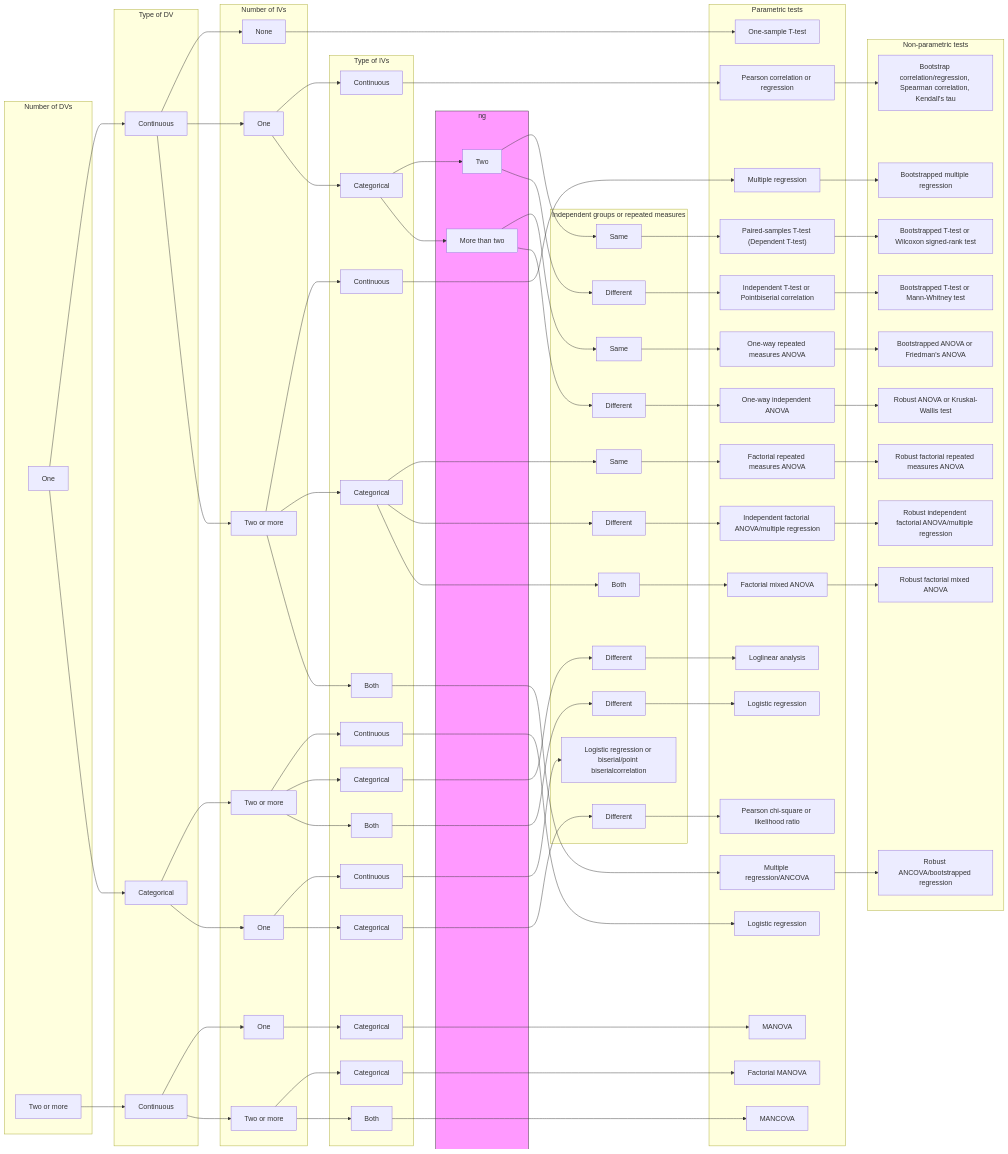
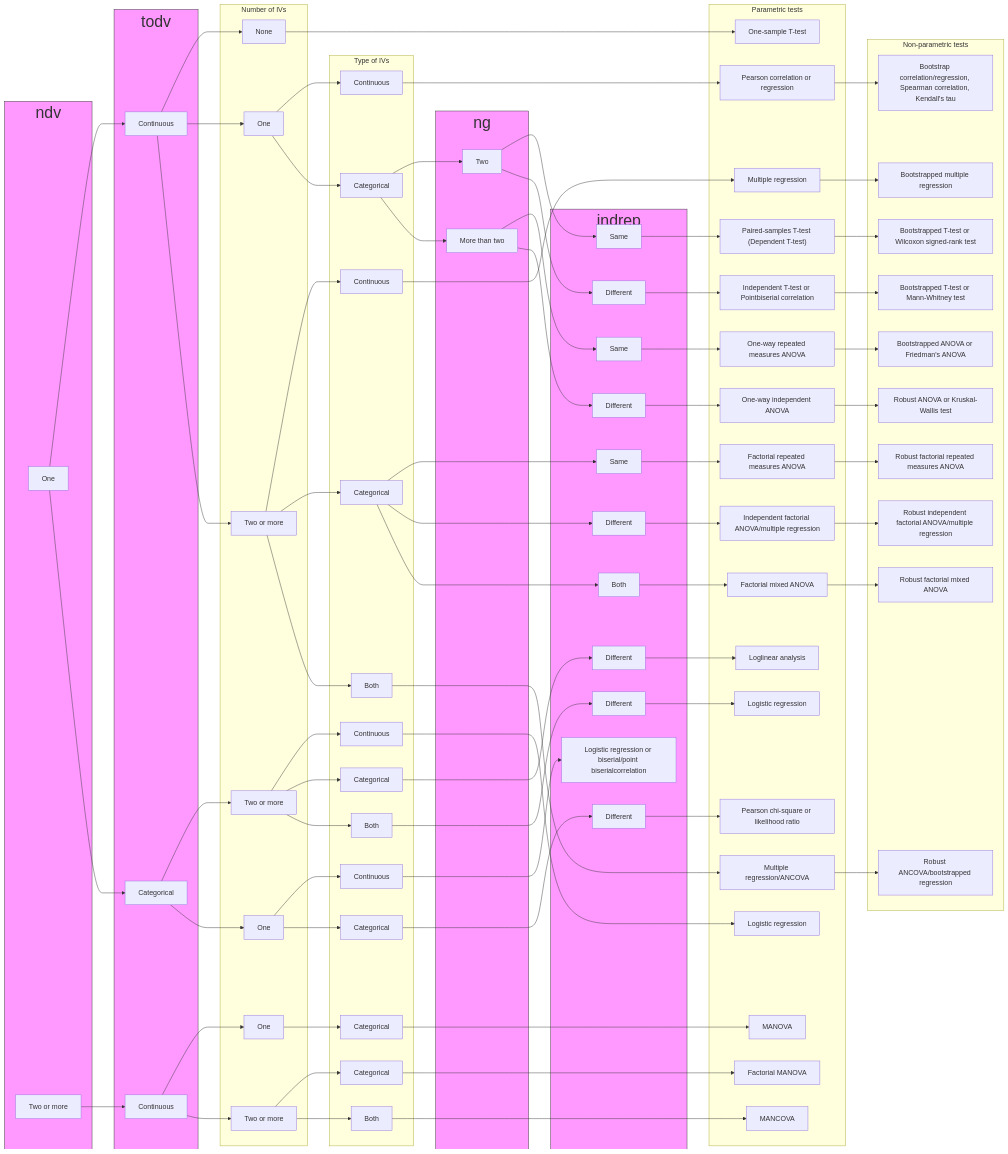
The diagram in Subgraphflowchart.mmd (ShKlinkenberg/statistical-test-selection), drawn with Mermaid before and after one commit. The commit also changed 2 other files, not shown here.

```diff
--- a/Subgraphflowchart.mmd
+++ b/Subgraphflowchart.mmd
@@ -1,164 +1,178 @@
+---
+config:
+  layout: dagre
+  look: classic
+  theme: default
+---
+
 graph LR
+    
+    classDef test height:100%,fill:#f9f,stroke:#333,stroke-width:1px,font-size:150%;
+
+
 
     2["One"]
     3["Continuous"]
     4["None"]
     5["One-sample T-test"]
     6["One"]
     7["Continuous"]
     8["Pearson correlation or regression"]
     9["Bootstrap correlation/regression, Spearman correlation, Kendall's tau"]
     10["Categorical"]
     11["Two"]
     12["Same"]
     13["Paired-samples T-test (Dependent T-test)"]
     14["Bootstrapped T-test or Wilcoxon signed-rank test"]
     15["Different"]
     16["Independent T-test or Pointbiserial correlation"]
     17["Bootstrapped T-test or Mann-Whitney test"]
     18["More than two"]
     19["Same"]
     20["One-way repeated measures ANOVA"]
     21["Bootstrapped ANOVA or Friedman's ANOVA"]
     22["Different"]
     23["One-way independent ANOVA"]
     24["Robust ANOVA or Kruskal-Wallis test"]
     25["Two or more"]
     26["Continuous"]
     27["Multiple regression"]
     28["Bootstrapped multiple regression"]
     29["Categorical"]
     30["Same"]
     31["Factorial repeated measures ANOVA"]
     32["Robust factorial repeated measures ANOVA"]
     33["Different"]
     34["Independent factorial ANOVA/multiple regression"]
     35["Robust independent factorial ANOVA/multiple regression"]
     36["Both"]
     37["Factorial mixed ANOVA"]
     38["Robust factorial mixed ANOVA"]
     39["Both"]
     40["Multiple regression/ANCOVA"]
     41["Robust ANCOVA/bootstrapped regression"]
     42["Categorical"]
     43["One"]
     44["Continuous"]
     45["Logistic regression or biserial/point biserialcorrelation"]
     46["Categorical"]
     47["Different"]
     48["Pearson chi-square or likelihood ratio"]
     49["Two or more"]
     50["Continuous"]
     51["Logistic regression"]
     52["Categorical"]
     53["Different"]
     54["Loglinear analysis"]
     55["Both"]
     56["Different"]
     57["Logistic regression"]
     58["Two or more"]
     59["Continuous"]
     60["One"]
     61["Categorical"]
     62["MANOVA"]
     63["Two or more"]
     64["Categorical"]
     65["Factorial MANOVA"]
     66["Both"]
     67["MANCOVA"]
 
+    ndv["Number of DVs"]:::test
 
-
-    subgraph Number of DVs
+    subgraph ndv
     2
     58
     end
-    subgraph Type of DV
+
+todv["Type of DV"]:::test
+
+    subgraph todv
     2 --> 3
     2 --> 42
     58 --> 59
     end
     subgraph Number of IVs
     3 --> 4
     3 --> 6
     3 --> 25
     42 --> 49
     42 --> 43
     59 --> 60
     59 --> 63
     end
     subgraph Type of IVs
     6 --> 7
     6 --> 10
     25 --> 26
     25 --> 29
     25 --> 39
     49 --> 50
     49 --> 52
     49 --> 55    
     43 --> 44
     43 --> 46
     60 --> 61
     63 --> 64
     63 --> 66
     end
 
-    classDef test height:100%,fill:#f9f,stroke:#333,stroke-width:1px;
+
     ng["Number of Groups/Levels"]:::test
     
     subgraph ng
     10 --> 11
     10 --> 18
     end
     
 
+    indrep["Independent groups or repeated measures"]:::test
   
-  
-    subgraph Independent groups or repeated measures
+    subgraph indrep
     11 --> 12
     11 --> 15
     18 --> 19
     18 --> 22
     29 --> 30
     29 --> 33
     29 --> 36
     52 --> 53
     44 --> 45
     46 --> 47
     55 --> 56
     end
 
     subgraph Parametric tests
     7 --> 8
     4 --> 5
     12 --> 13
     15 --> 16
     19 --> 20
     22 --> 23
     26 --> 27
     30 --> 31
     33 --> 34
     36 --> 37
     39 --> 40
 
     47 --> 48
     50 --> 51
     53 --> 54
     56 --> 57
     61 --> 62
     64 --> 65
     66 --> 67
     end
 
     subgraph Non-parametric tests   
     8 --> 9
     13 --> 14
     16 --> 17
     20 --> 21
     23 --> 24
     27 --> 28
     31 --> 32
     34 --> 35
     37 --> 38
     40 --> 41
     end
```
